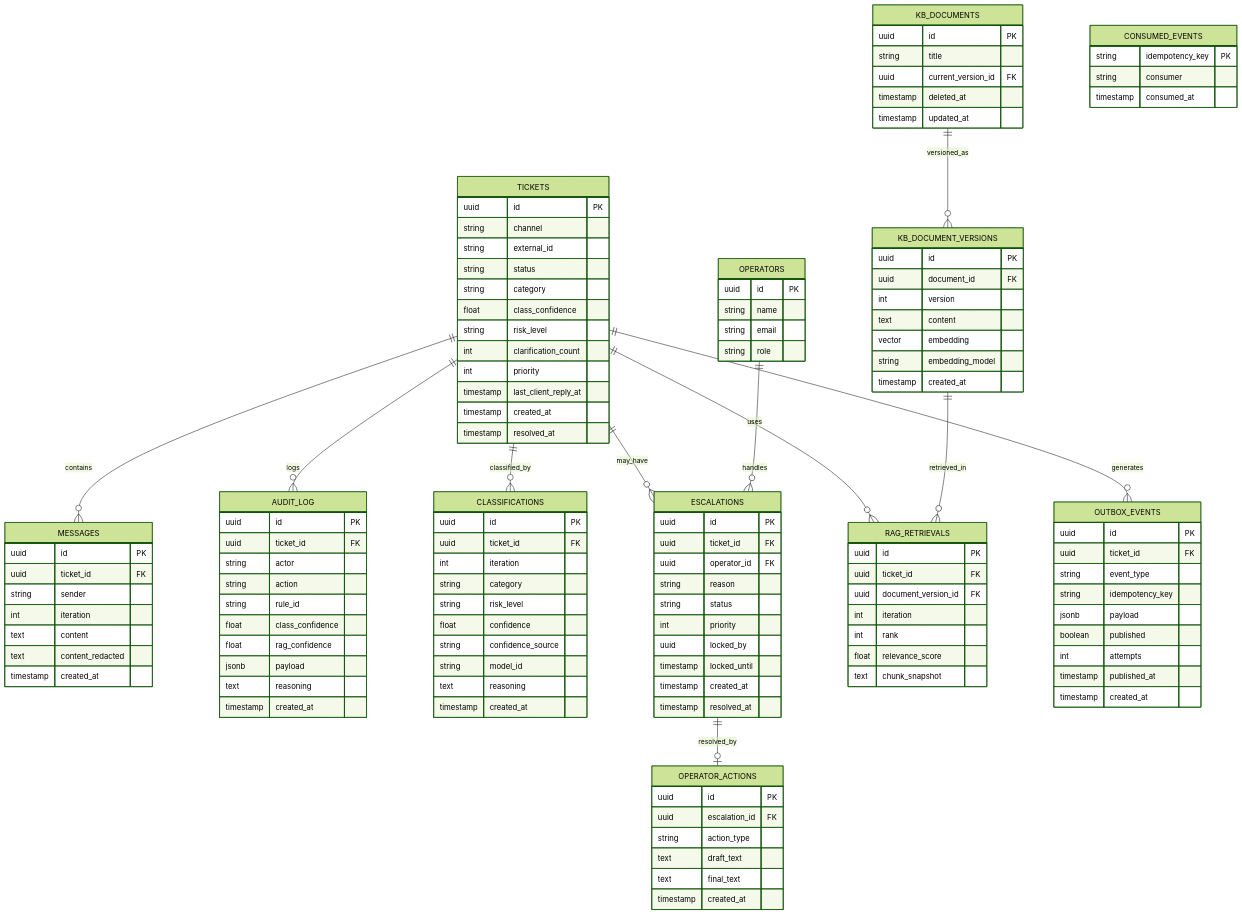
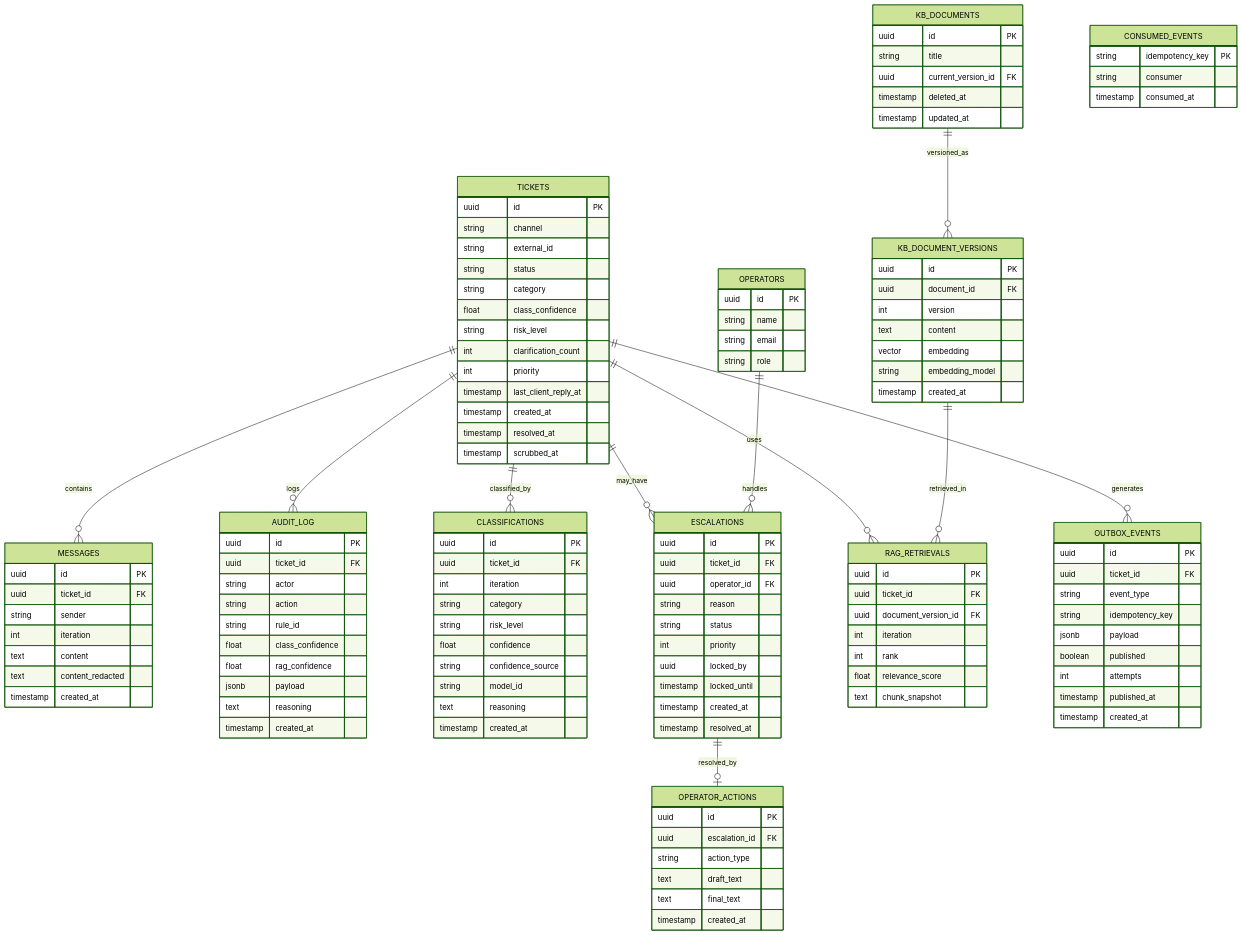
The sixth of 6 diagrams in Support-агент — Design Document.md (Vladee101/supporta), drawn with Mermaid (forest theme) before and after one commit. The commit also changed other lines of this file and 8 other files, not shown here.

```diff
--- a/Support-агент — Design Document.md
+++ b/Support-агент — Design Document.md
@@ -470,6 +470,7 @@
     timestamp last_client_reply_at
     timestamp created_at
     timestamp resolved_at
+    timestamp scrubbed_at
   }
   CLASSIFICATIONS {
     uuid id PK
```
